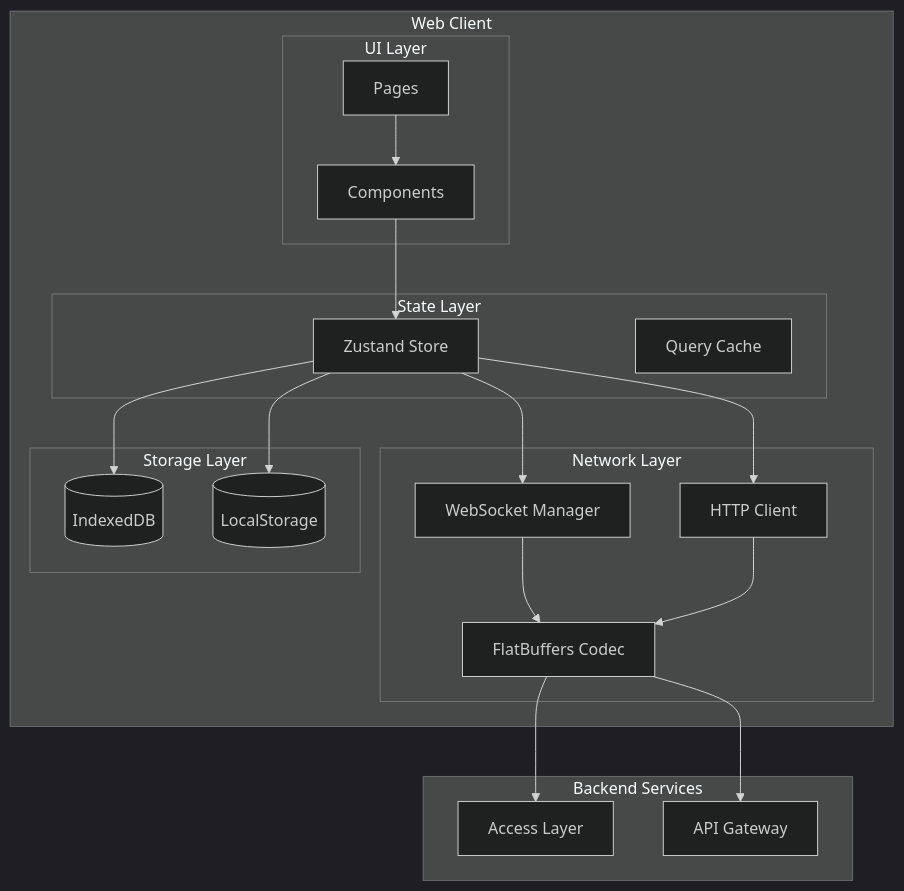
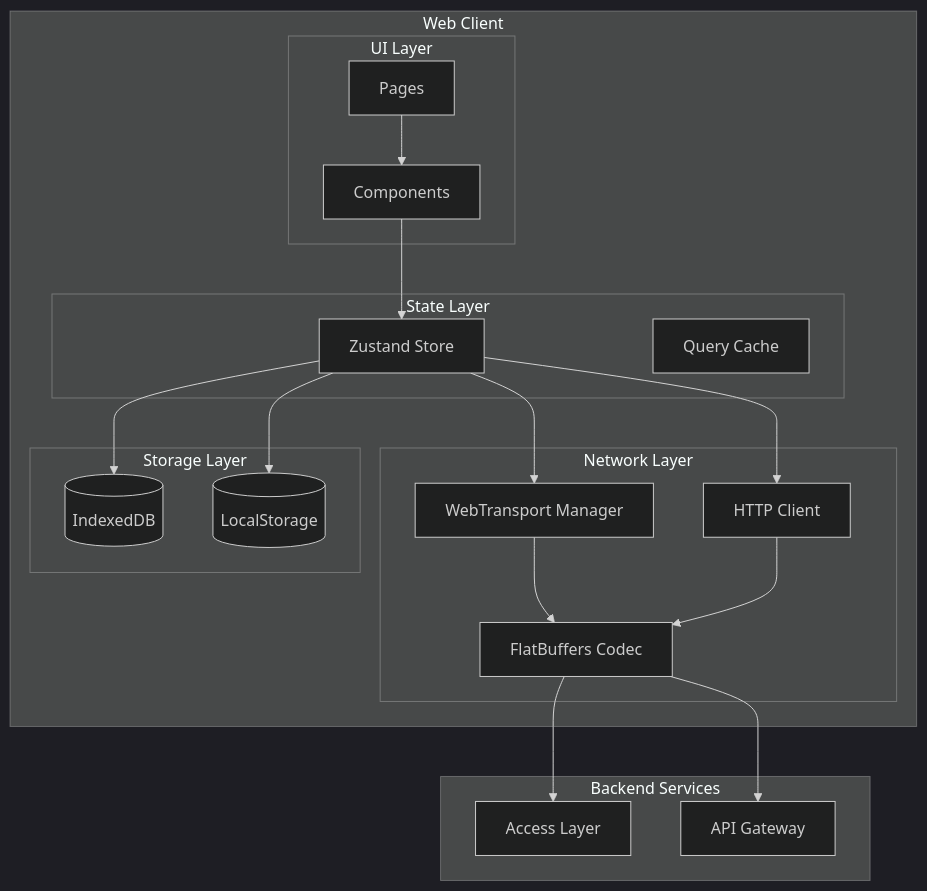
The first of 8 diagrams in docs/web-client-architecture.md (zhwillwintheworld/im-go), drawn with Mermaid (dark theme) before and after one commit. The commit also changed other lines of this file and 87 other files, not shown here.

````diff
--- a/docs/web-client-architecture.md
+++ b/docs/web-client-architecture.md
@@ -55,37 +55,37 @@
 ```mermaid
 graph TB
     subgraph WebClient["Web Client"]
         subgraph UI["UI Layer"]
             Pages[Pages]
             Components[Components]
         end
 
         subgraph State["State Layer"]
             Store[Zustand Store]
             Cache[Query Cache]
         end
 
         subgraph Network["Network Layer"]
-            WS[WebSocket Manager]
+            WT[WebTransport Manager]
             HTTP[HTTP Client]
             FB[FlatBuffers Codec]
         end
 
         subgraph Storage["Storage Layer"]
             IDB[(IndexedDB)]
             LS[(LocalStorage)]
         end
     end
 
     subgraph Backend["Backend Services"]
         Access[Access Layer]
         API[API Gateway]
     end
 
     Pages --> Components
     Components --> Store
-    Store --> WS & HTTP
-    WS & HTTP --> FB
+    Store --> WT & HTTP
+    WT & HTTP --> FB
     FB --> Access & API
     Store --> IDB & LS
 ```
````
